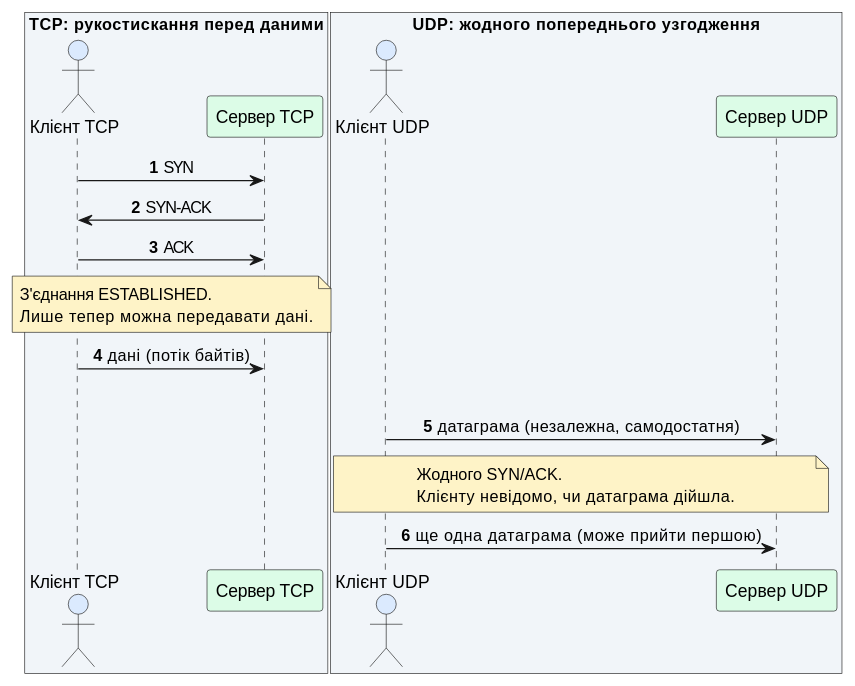
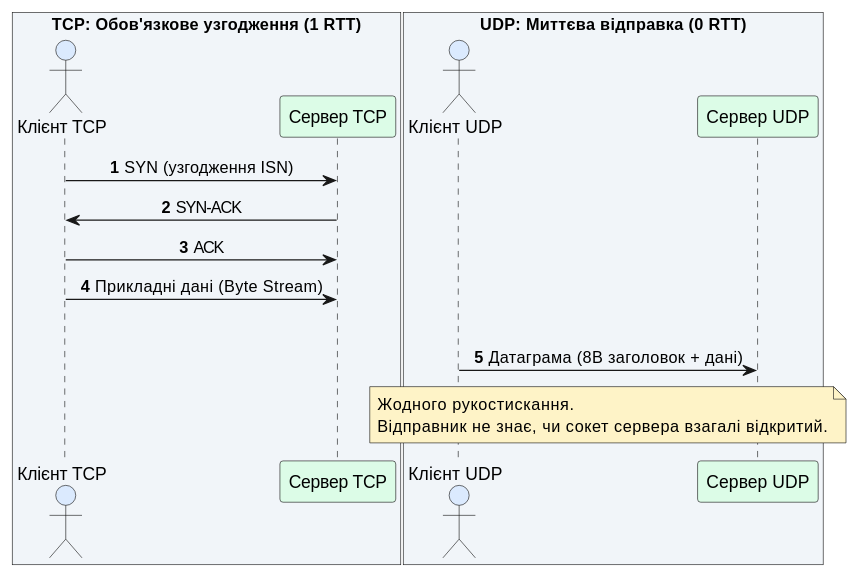
The first of 3 diagrams in content/17.client-server-architecture/05.udp-datagram-transmission.md (arakviel/kostyl.dev), drawn with PlantUML before and after one commit. The commit also changed other lines of this file and 5 other files, not shown here.

````diff
--- a/content/17.client-server-architecture/05.udp-datagram-transmission.md
+++ b/content/17.client-server-architecture/05.udp-datagram-transmission.md
@@ -111,36 +95,31 @@
 ```plantuml
 @startuml
 skinparam style plain
 autonumber
 skinparam backgroundColor #FFFFFF
 skinparam sequenceMessageAlign center
 
-box "TCP: рукостискання перед даними" #F1F5F9
+box "TCP: Обов'язкове узгодження (1 RTT)" #F1F5F9
 actor "Клієнт TCP" as TC #DBEAFE
 participant "Сервер TCP" as TS #DCFCE7
 end box
 
-TC -> TS : SYN
+TC -> TS : SYN (узгодження ISN)
 TS -> TC : SYN-ACK
 TC -> TS : ACK
-note over TC, TS #FEF3C7
-  З'єднання ESTABLISHED.
-  Лише тепер можна передавати дані.
-end note
-TC -> TS : дані (потік байтів)
+TC -> TS : Прикладні дані (Byte Stream)
 
 |||
 
-box "UDP: жодного попереднього узгодження" #F1F5F9
+box "UDP: Миттєва відправка (0 RTT)" #F1F5F9
 actor "Клієнт UDP" as UC #DBEAFE
 participant "Сервер UDP" as US #DCFCE7
 end box
 
-UC -> US : датаграма (незалежна, самодостатня)
+UC -> US : Датаграма (8B заголовок + дані)
 note over UC, US #FEF3C7
-  Жодного SYN/ACK.
-  Клієнту невідомо, чи датаграма дійшла.
+  Жодного рукостискання.
+  Відправник не знає, чи сокет сервера взагалі відкритий.
 end note
-UC -> US : ще одна датаграма (може прийти першою)
 @enduml
 ```
````
